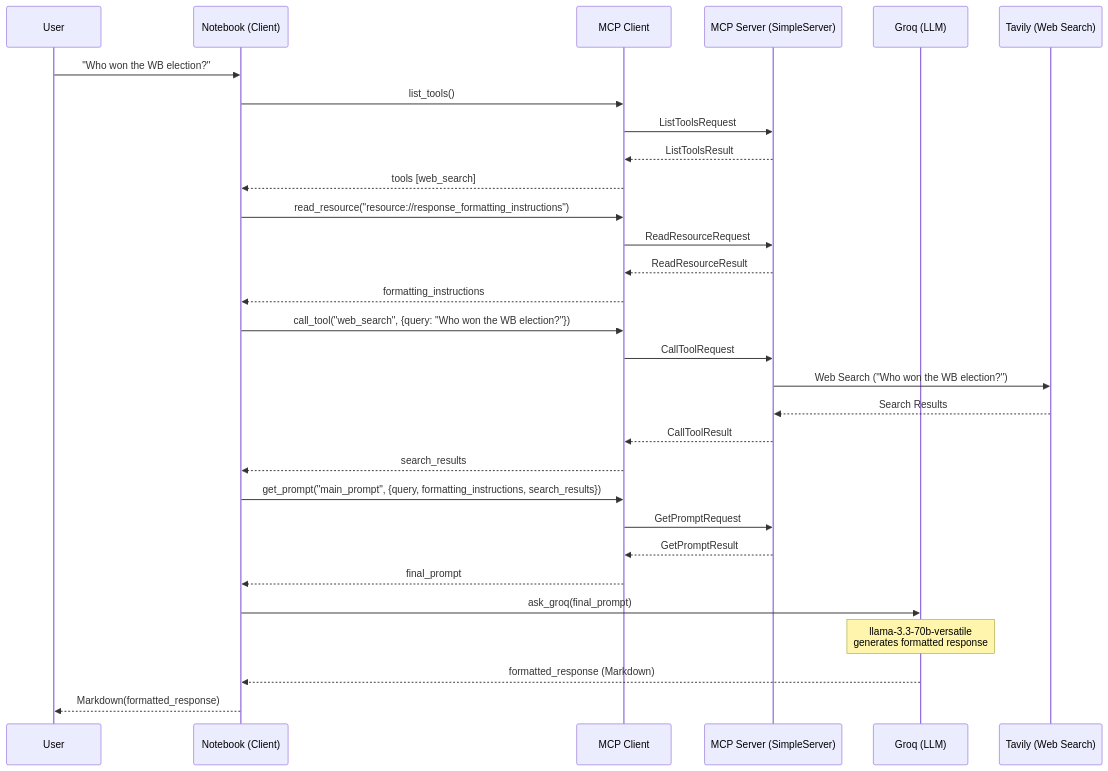
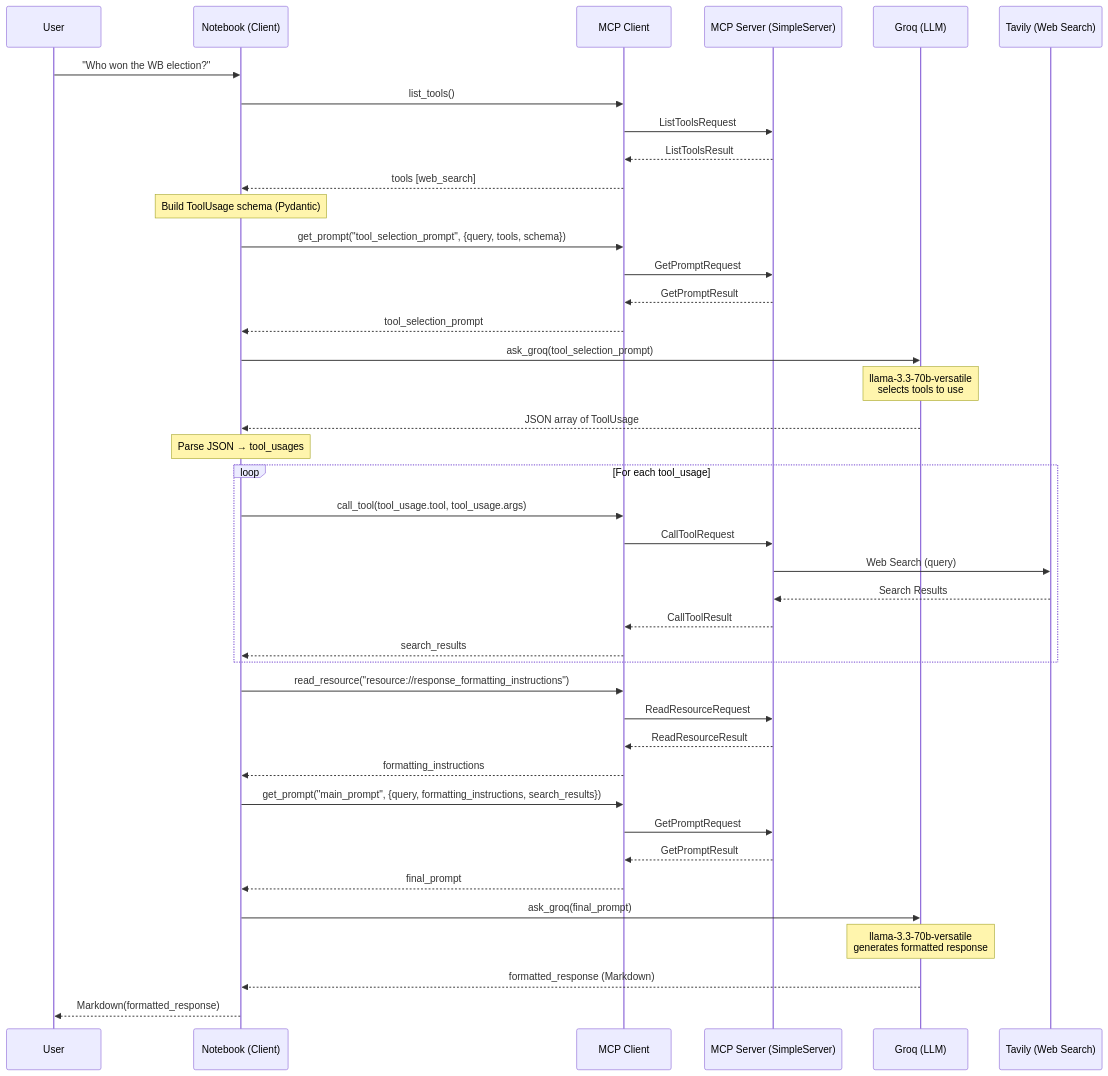
Before and after one commit to c17hawke/MCP-simplified-demo: the diagram in docs/simple_client_server_flow_v2.md, drawn with Mermaid.

Commit message:
Refactor client-server interaction flow to enhance tool usage handling and improve clarity in sequence diagram

````diff
--- a/docs/simple_client_server_flow_v2.md
+++ b/docs/simple_client_server_flow_v2.md
@@ -1,38 +1,53 @@
 ```mermaid
 sequenceDiagram
     participant User
     participant Notebook as Notebook (Client)
     participant MCPClient as MCP Client
     participant MCPServer as MCP Server (SimpleServer)
     participant Groq as Groq (LLM)
     participant Tavily as Tavily (Web Search)
 
     User->>Notebook: "Who won the WB election?"
 
     Notebook->>MCPClient: list_tools()
     MCPClient->>MCPServer: ListToolsRequest
     MCPServer-->>MCPClient: ListToolsResult
     MCPClient-->>Notebook: tools [web_search]
 
+    Note over Notebook: Build ToolUsage schema (Pydantic)
+
+    Notebook->>MCPClient: get_prompt("tool_selection_prompt", {query, tools, schema})
+    MCPClient->>MCPServer: GetPromptRequest
+    MCPServer-->>MCPClient: GetPromptResult
+    MCPClient-->>Notebook: tool_selection_prompt
+
+    Notebook->>Groq: ask_groq(tool_selection_prompt)
+    Note over Groq: llama-3.3-70b-versatile<br/>selects tools to use
+    Groq-->>Notebook: JSON array of ToolUsage
+
+    Note over Notebook: Parse JSON → tool_usages
+
+    loop For each tool_usage
+        Notebook->>MCPClient: call_tool(tool_usage.tool, tool_usage.args)
+        MCPClient->>MCPServer: CallToolRequest
+        MCPServer->>Tavily: Web Search (query)
+        Tavily-->>MCPServer: Search Results
+        MCPServer-->>MCPClient: CallToolResult
+        MCPClient-->>Notebook: search_results
+    end
+
     Notebook->>MCPClient: read_resource("resource://response_formatting_instructions")
     MCPClient->>MCPServer: ReadResourceRequest
     MCPServer-->>MCPClient: ReadResourceResult
     MCPClient-->>Notebook: formatting_instructions
-
-    Notebook->>MCPClient: call_tool("web_search", {query: "Who won the WB election?"})
-    MCPClient->>MCPServer: CallToolRequest
-    MCPServer->>Tavily: Web Search ("Who won the WB election?")
-    Tavily-->>MCPServer: Search Results
-    MCPServer-->>MCPClient: CallToolResult
-    MCPClient-->>Notebook: search_results
 
     Notebook->>MCPClient: get_prompt("main_prompt", {query, formatting_instructions, search_results})
     MCPClient->>MCPServer: GetPromptRequest
     MCPServer-->>MCPClient: GetPromptResult
     MCPClient-->>Notebook: final_prompt
 
     Notebook->>Groq: ask_groq(final_prompt)
     Note over Groq: llama-3.3-70b-versatile<br/>generates formatted response
     Groq-->>Notebook: formatted_response (Markdown)
     Notebook-->>User: Markdown(formatted_response)
 ```
````
